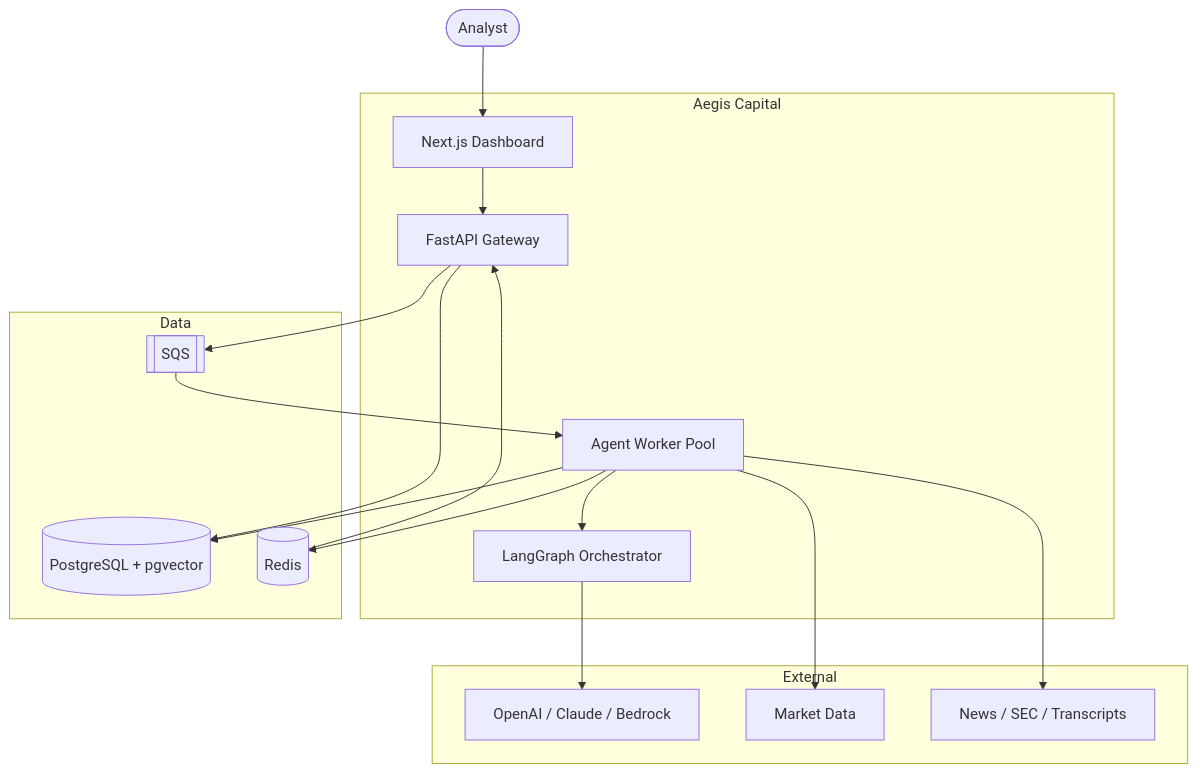
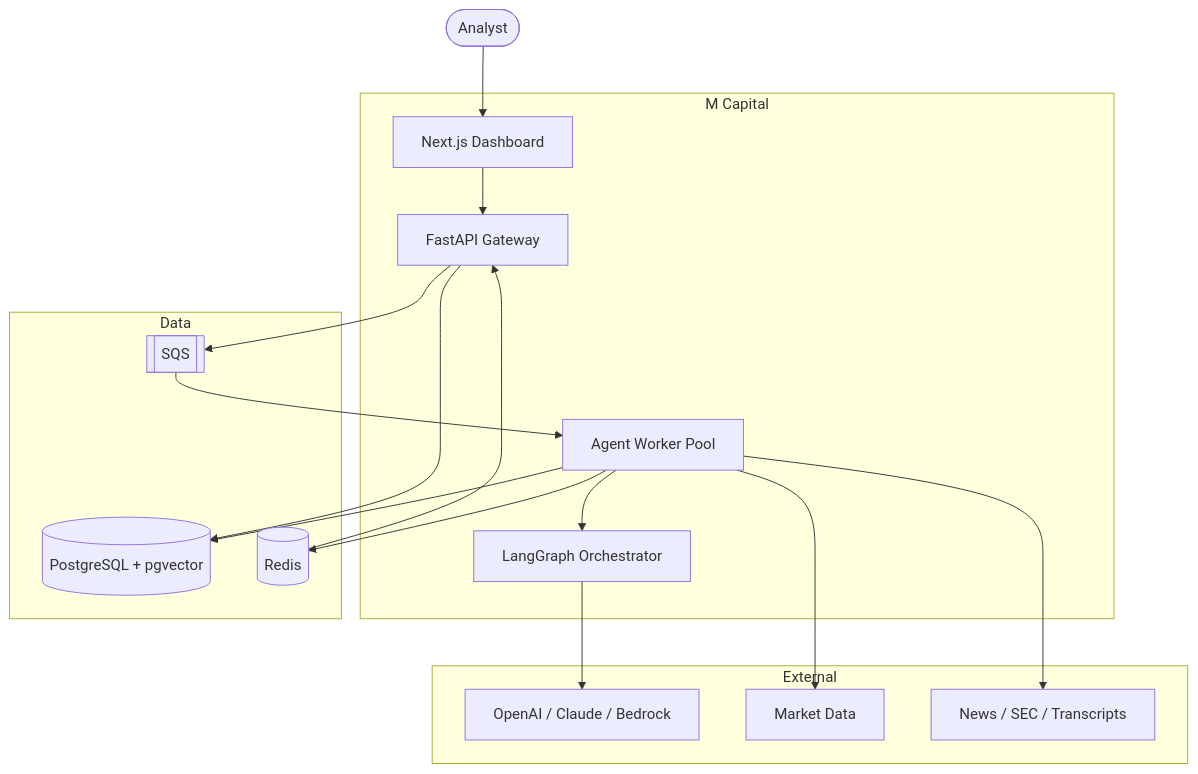
Before and after one commit to fyli16/M-Capital: the first of 2 diagrams in docs/architecture/README.md, drawn with Mermaid. The commit also changed other lines of this file and 27 other files, not shown here.

Commit message:
Rebrand: Aegis Capital -> M Capital (docs, UI, service metadata)

````diff
--- a/docs/architecture/README.md
+++ b/docs/architecture/README.md
@@ -15,27 +15,27 @@
 ```mermaid
 graph TB
     User([Analyst])
-    subgraph Aegis["Aegis Capital"]
+    subgraph Aegis["M Capital"]
         FE[Next.js Dashboard]
         API[FastAPI Gateway]
         ORCH[LangGraph Orchestrator]
         WORK[Agent Worker Pool]
     end
     subgraph External
         LLM[OpenAI / Claude / Bedrock]
         MKT[Market Data]
         NEWS[News / SEC / Transcripts]
     end
     subgraph Data
         PG[(PostgreSQL + pgvector)]
         REDIS[(Redis)]
         Q[[SQS]]
     end
     User --> FE --> API
     API --> Q --> WORK --> ORCH --> LLM
     WORK --> MKT
     WORK --> NEWS
     WORK --> PG
     WORK --> REDIS --> API
     API --> PG
 ```
````
